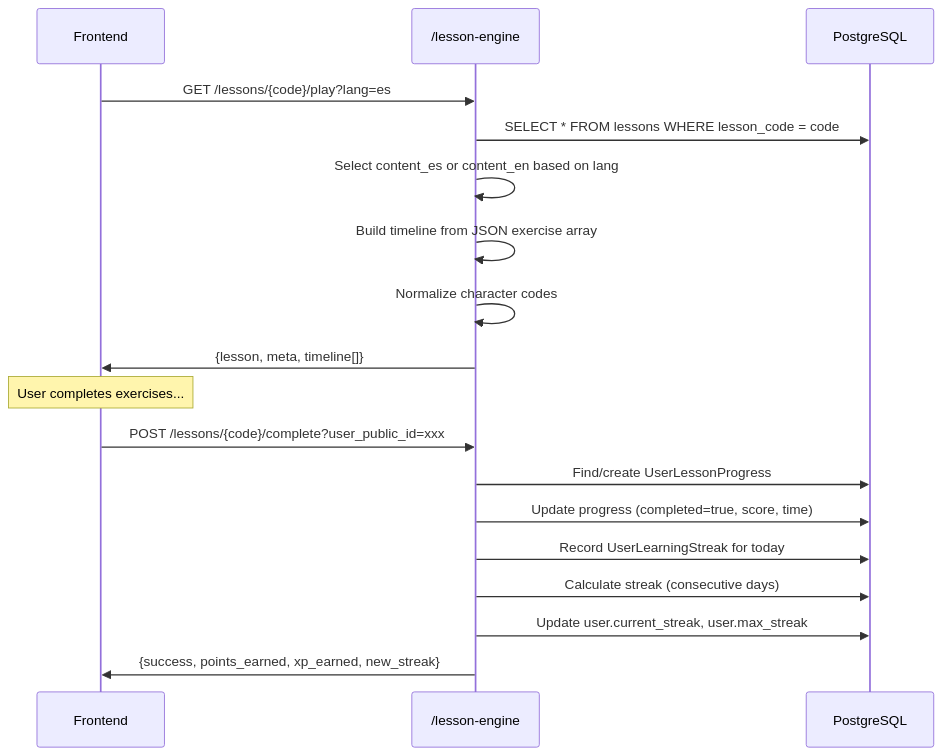
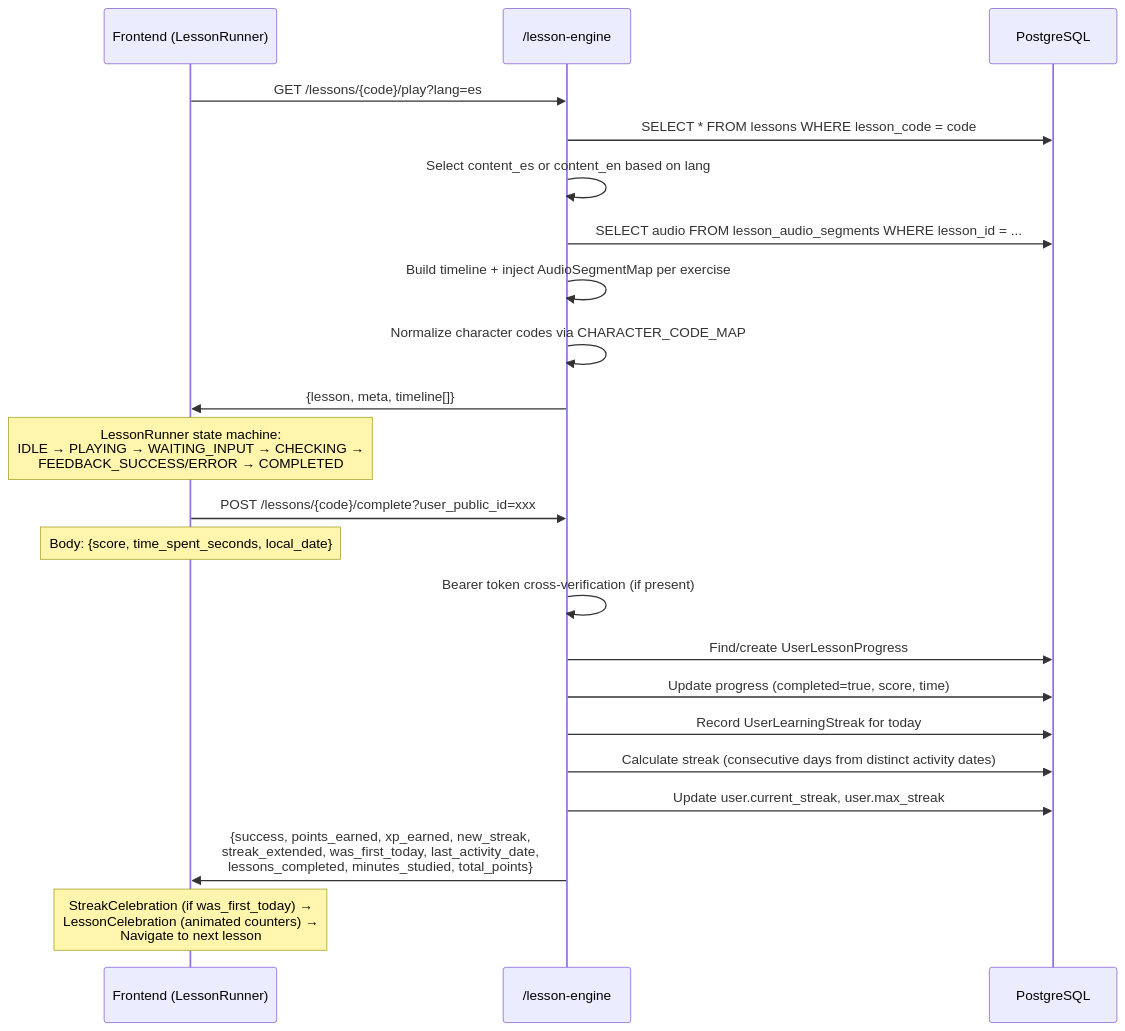
Before and after one commit to jesusvasquezjr3-littlefounders/LITTLEFOUNDERS-AI: the eighth of 15 diagrams in backend/BACKEND_GUIDE.md, drawn with Mermaid. The commit also changed other lines of this file and 6 other files, not shown here.

````diff
--- a/backend/BACKEND_GUIDE.md
+++ b/backend/BACKEND_GUIDE.md
@@ -762,23 +983,28 @@
 ```mermaid
 sequenceDiagram
-    participant FE as Frontend
+    participant FE as Frontend (LessonRunner)
     participant API as /lesson-engine
     participant DB as PostgreSQL
 
     FE->>API: GET /lessons/{code}/play?lang=es
     API->>DB: SELECT * FROM lessons WHERE lesson_code = code
     API->>API: Select content_es or content_en based on lang
-    API->>API: Build timeline from JSON exercise array
-    API->>API: Normalize character codes
+    API->>DB: SELECT audio FROM lesson_audio_segments WHERE lesson_id = ...
+    API->>API: Build timeline + inject AudioSegmentMap per exercise
+    API->>API: Normalize character codes via CHARACTER_CODE_MAP
     API->>FE: {lesson, meta, timeline[]}
 
-    Note over FE: User completes exercises...
+    Note over FE: LessonRunner state machine:<br/>IDLE → PLAYING → WAITING_INPUT → CHECKING →<br/>FEEDBACK_SUCCESS/ERROR → COMPLETED
 
     FE->>API: POST /lessons/{code}/complete?user_public_id=xxx
+    Note over FE: Body: {score, time_spent_seconds, local_date}
+    API->>API: Bearer token cross-verification (if present)
     API->>DB: Find/create UserLessonProgress
     API->>DB: Update progress (completed=true, score, time)
     API->>DB: Record UserLearningStreak for today
-    API->>DB: Calculate streak (consecutive days)
+    API->>DB: Calculate streak (consecutive days from distinct activity dates)
     API->>DB: Update user.current_streak, user.max_streak
-    API->>FE: {success, points_earned, xp_earned, new_streak}
+    API->>FE: {success, points_earned, xp_earned, new_streak, <br/>       streak_extended, was_first_today, last_activity_date,<br/>       lessons_completed, minutes_studied, total_points}
+
+    Note over FE: StreakCelebration (if was_first_today) →<br/>LessonCelebration (animated counters) →<br/>Navigate to next lesson
 ```
````
